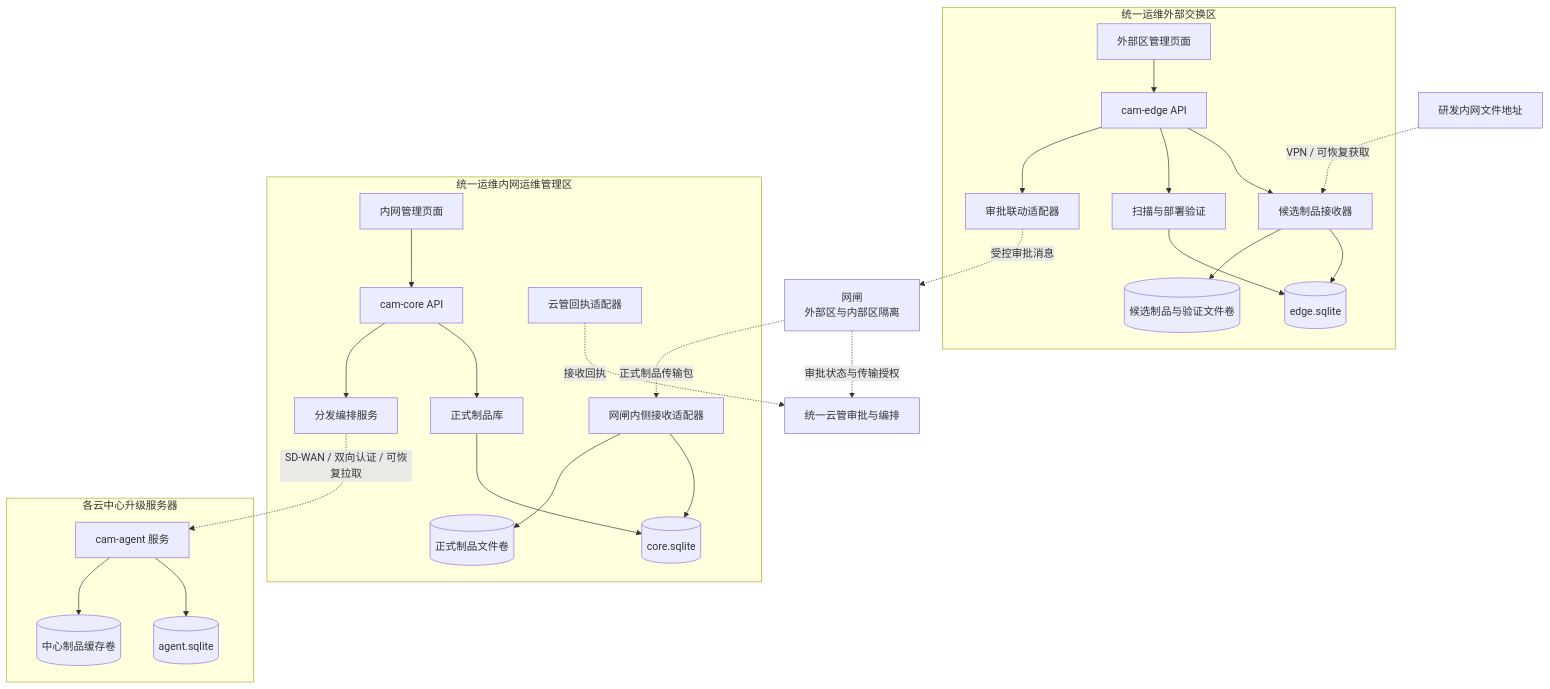
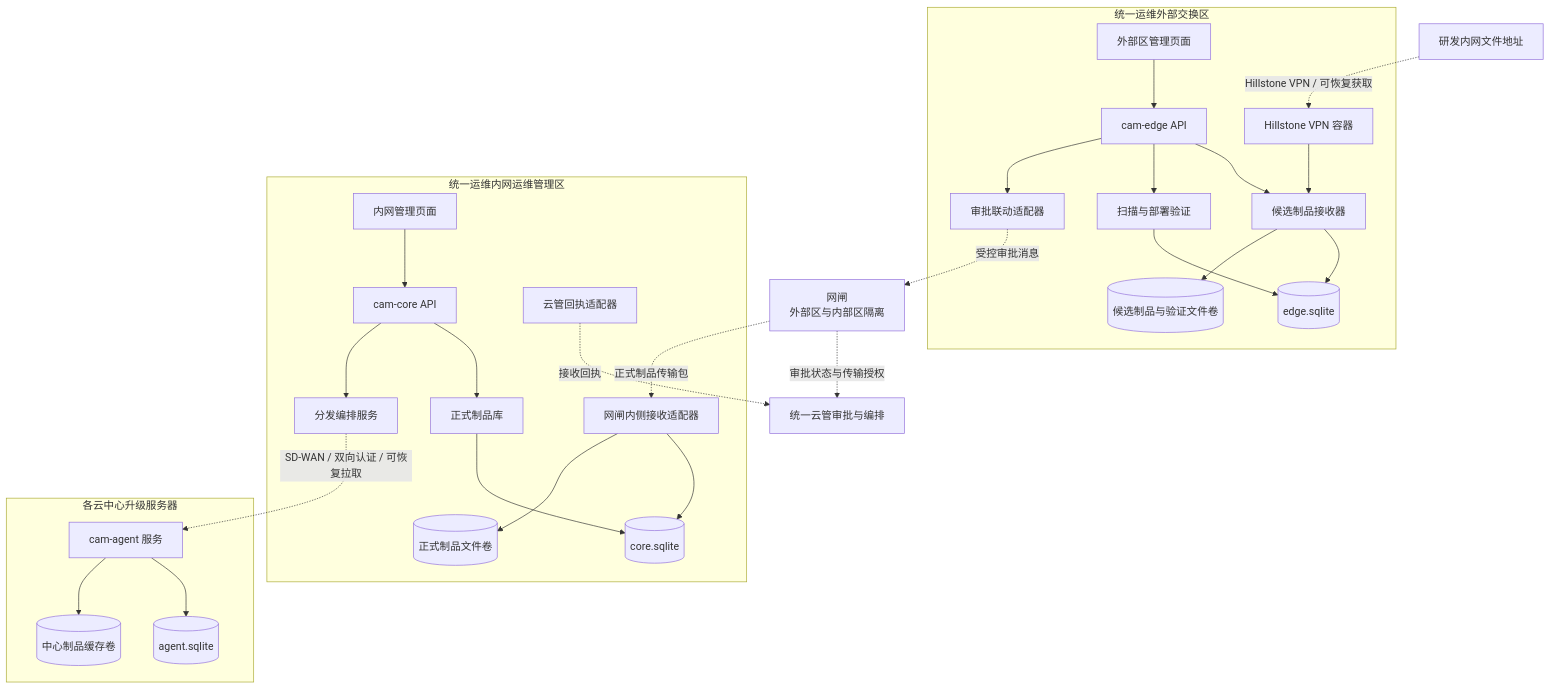
Before and after one commit to dongsweet/cloud-artifact-management: the first of 3 diagrams in docs/technical-solution.md, drawn with Mermaid. The commit also changed other lines of this file and 10 other files, not shown here.

````diff
--- a/docs/technical-solution.md
+++ b/docs/technical-solution.md
@@ -54,57 +54,59 @@
 ```mermaid
 flowchart TB
     DEV[研发内网文件地址]
 
     subgraph EDGE[统一运维外部交换区]
+        EVPN[Hillstone VPN 容器]
         EUI[外部区管理页面]
         EAPI[cam-edge API]
         EGET[候选制品接收器]
         EVERIFY[扫描与部署验证]
         EADAPTER[审批联动适配器]
         EDB[(edge.sqlite)]
         EFILES[(候选制品与验证文件卷)]
         EUI --> EAPI
         EAPI --> EGET
+        EVPN --> EGET
         EAPI --> EVERIFY
         EAPI --> EADAPTER
         EGET --> EDB
         EGET --> EFILES
         EVERIFY --> EDB
     end
 
     CLOUD[统一云管审批与编排]
     GATE[网闸
     外部区与内部区隔离]
 
     subgraph CORE[统一运维内网运维管理区]
         CUI[内网管理页面]
         CAPI[cam-core API]
         CRECV[网闸内侧接收适配器]
         CREPO[正式制品库]
         CDIST[分发编排服务]
         CADAPTER[云管回执适配器]
         CDB[(core.sqlite)]
         CFILES[(正式制品文件卷)]
         CUI --> CAPI
         CAPI --> CREPO
         CAPI --> CDIST
         CRECV --> CDB
         CRECV --> CFILES
         CREPO --> CDB
     end
 
     subgraph CENTER[各云中心升级服务器]
         AAPI[cam-agent 服务]
         ADB[(agent.sqlite)]
         ACACHE[(中心制品缓存卷)]
         AAPI --> ADB
         AAPI --> ACACHE
     end
 
-    DEV -. VPN / 可恢复获取 .-> EGET
+    DEV -. Hillstone VPN / 可恢复获取 .-> EVPN
     EADAPTER -. 受控审批消息 .-> GATE
     GATE -. 审批状态与传输授权 .-> CLOUD
     GATE -. 正式制品传输包 .-> CRECV
     CADAPTER -. 接收回执 .-> CLOUD
     CDIST -. SD-WAN / 双向认证 / 可恢复拉取 .-> AAPI
 ```
````
